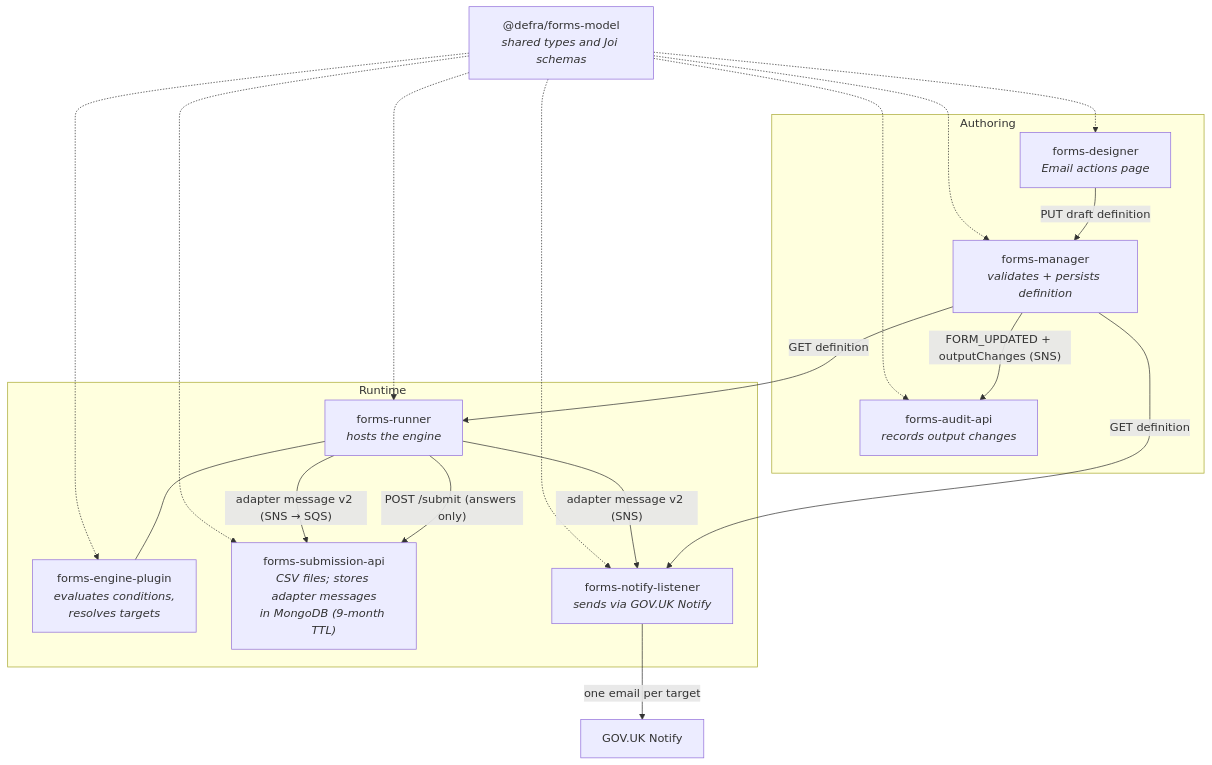
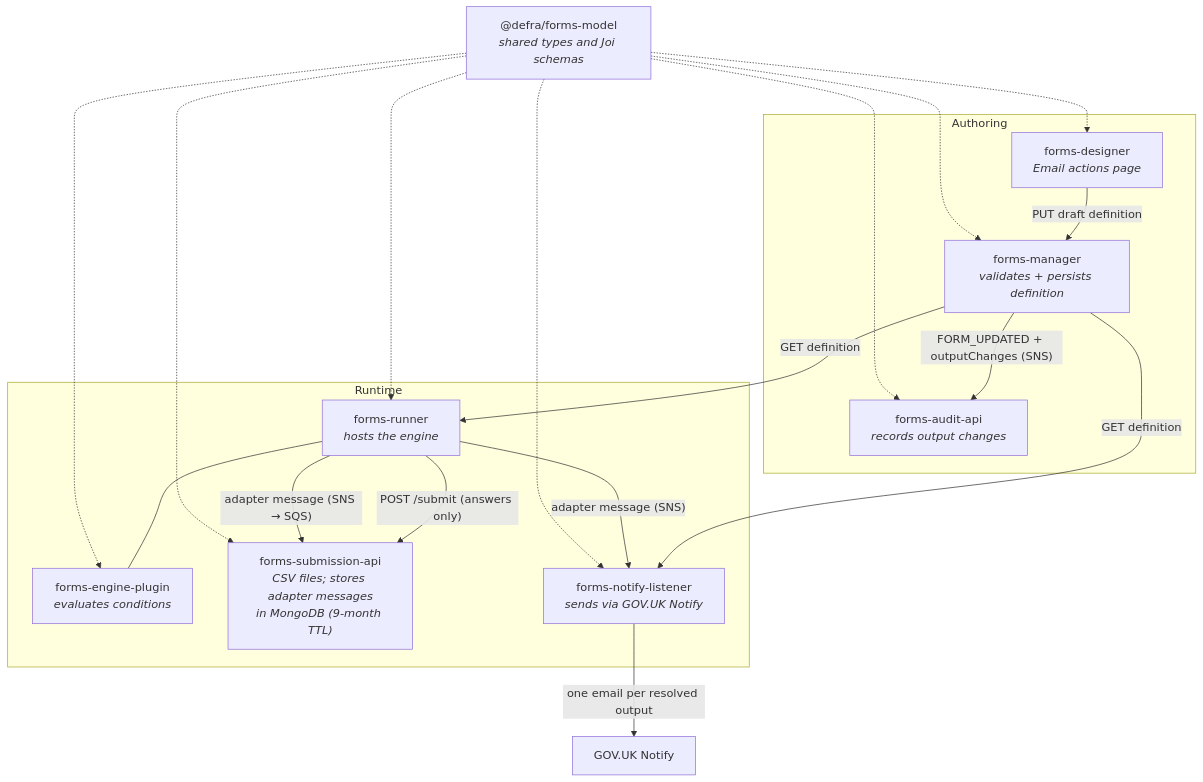
The first of 6 diagrams in docs/conditional-emails.md (DEFRA/forms-designer), drawn with Mermaid before and after one commit. The commit also changed other lines of this file and 3 other files, not shown here.

````diff
--- a/docs/conditional-emails.md
+++ b/docs/conditional-emails.md
@@ -69,35 +71,35 @@
 ```mermaid
 flowchart TB
     subgraph authoring["Authoring"]
         DES["forms-designer<br/><i>Email actions page</i>"]
         MAN["forms-manager<br/><i>validates + persists definition</i>"]
         AUD["forms-audit-api<br/><i>records output changes</i>"]
     end
 
     subgraph runtime["Runtime"]
         RUN["forms-runner<br/><i>hosts the engine</i>"]
-        EP["forms-engine-plugin<br/><i>evaluates conditions,<br/>resolves targets</i>"]
+        EP["forms-engine-plugin<br/><i>evaluates conditions</i>"]
         SUB["forms-submission-api<br/><i>CSV files; stores adapter messages<br/>in MongoDB (9-month TTL)</i>"]
         NL["forms-notify-listener<br/><i>sends via GOV.UK Notify</i>"]
     end
 
     MOD["@defra/forms-model<br/><i>shared types and Joi schemas</i>"]
 
     DES -->|"PUT draft definition"| MAN
     MAN -->|"FORM_UPDATED + outputChanges (SNS)"| AUD
     MAN -->|"GET definition"| RUN
     MAN -->|"GET definition"| NL
     RUN --- EP
     RUN -->|"POST /submit (answers only)"| SUB
-    RUN -->|"adapter message v2 (SNS)"| NL
-    RUN -->|"adapter message v2 (SNS → SQS)"| SUB
-    NL -->|"one email per target"| NOTIFY["GOV.UK Notify"]
+    RUN -->|"adapter message (SNS)"| NL
+    RUN -->|"adapter message (SNS → SQS)"| SUB
+    NL -->|"one email per resolved output"| NOTIFY["GOV.UK Notify"]
 
     MOD -.-> DES
     MOD -.-> MAN
     MOD -.-> EP
     MOD -.-> RUN
     MOD -.-> SUB
     MOD -.-> NL
     MOD -.-> AUD
 ```
````
